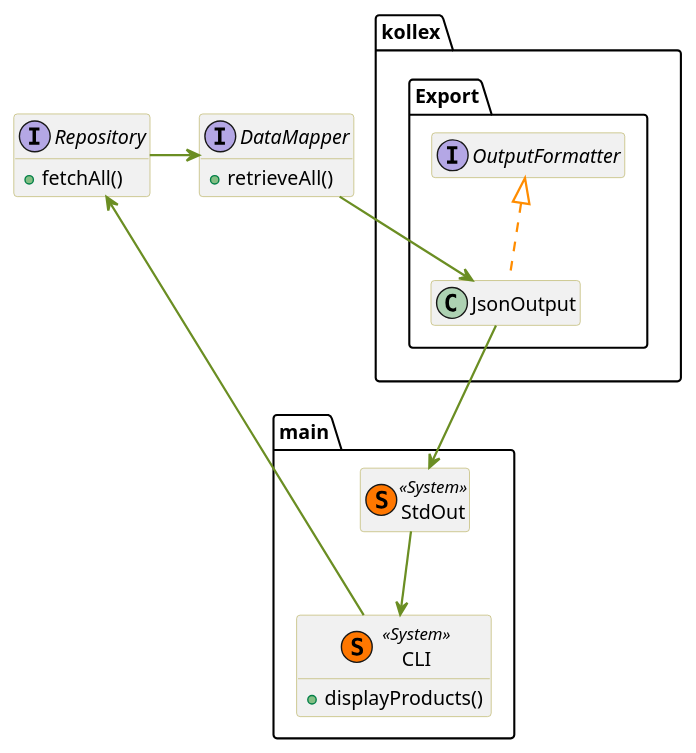
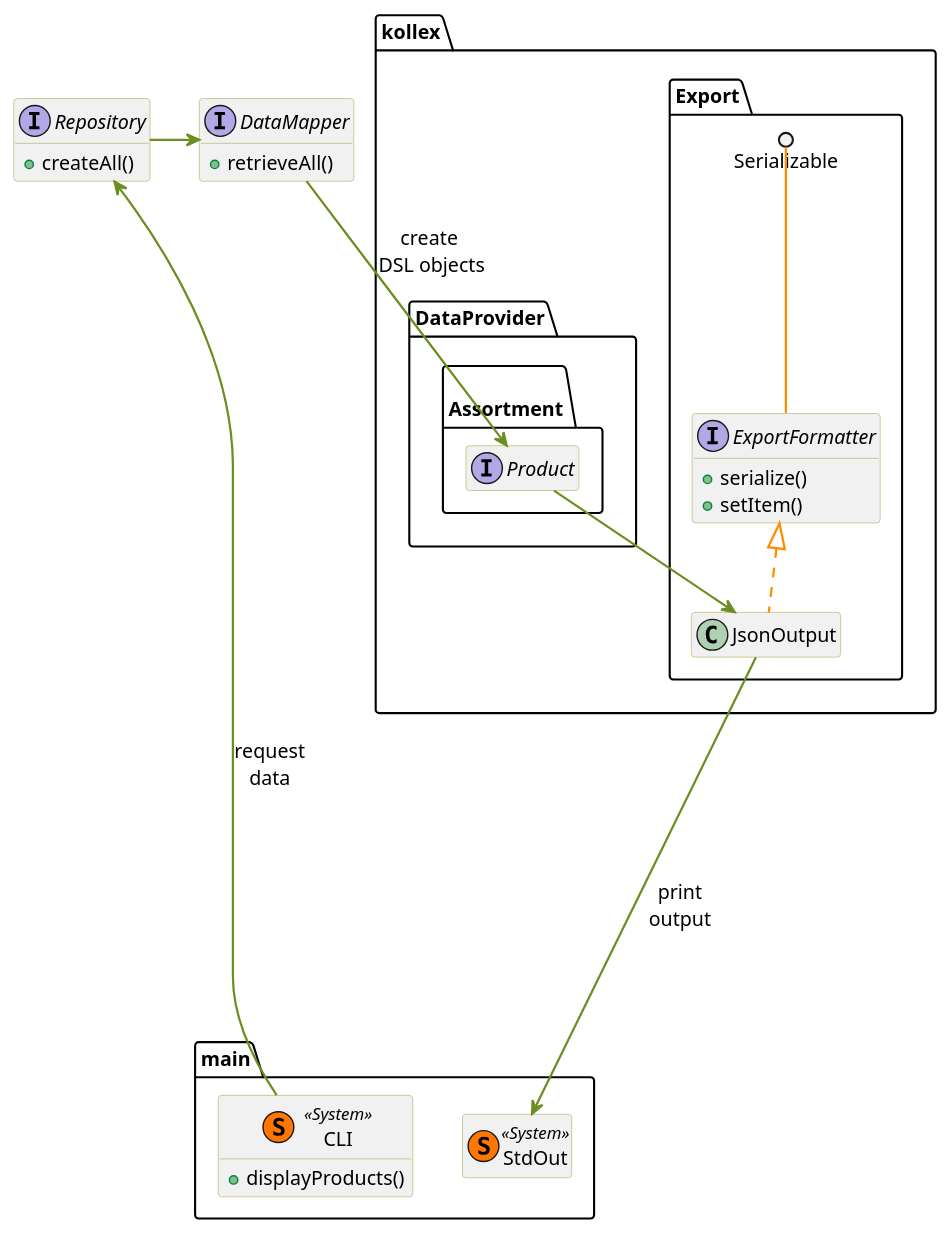
Before and after one commit to tox2ik/tmp-challenge-kollex: the diagram in doc/list-scenario.class.puml, drawn with PlantUML. The commit also changed 23 other files, not shown here.

```diff
--- a/doc/list-scenario.class.puml
+++ b/doc/list-scenario.class.puml
@@ -1,62 +1,69 @@
 @startuml
 ' skinparams begin
 skinparam class {
 	FontColor black
 	FontSize 14
 	FontName "Source Code Pro"
 	BorderColor DarkKhaki
 	ArrowColor DarkOrange
 }
 
 skinparam Arrow {
 	FontSize 14
 	FontName "Source Code Pro"
 	Thickness 1.6
 }
 skinparam PackageFontName "Source Code Pro"
 skinparam NoteBackgroundColor DarkKhaki
 skinparam NoteBorderColor gray
 ' skinparams end
 
 hide members
 
 
 show DataMapper methods
 show Repository methods
 
-interface DataMapper {
-    + retrieveAll()
-}
-interface Repository {
-	+ fetchAll()
-}
 
 package main {
 	class CLI << (S,#FF7700) System >> {
 	     + displayProducts()
 	}
+	show CLI methods
 
 	class StdOut << (S,#FF7700) System >>
 }
-show CLI methods
+
+interface DataMapper {
+	+ retrieveAll()
+}
+interface Repository {
+	+ createAll()
+}
 
 
-package kollex.Export {
-     interface OutputFormatter
-     class JsonOutput
-     OutputFormatter <|.. JsonOutput
+package "kollex.DataProvider.\nAssortment" {
+    interface "Product" as ProviderProduct
 }
 
-CLI --[#6b8e23]> Repository
+package kollex.Export {
+     interface ExportFormatter {
+         + serialize()
+         + setItem()
+     }
+      Serializable ()-- ExportFormatter
+     class JsonOutput
+     ExportFormatter <|.. JsonOutput
+}
+show ExportFormatter methods
+
+CLI --[#6b8e23]> Repository : request\ndata
 Repository -[#6b8e23]> DataMapper
+DataMapper -[#6b8e23]-> ProviderProduct  : create \nDSL objects
 
+ProviderProduct -[#6b8e23]-> JsonOutput
 
-DataMapper -[#6b8e23]-> JsonOutput
-JsonOutput -[#6b8e23]-> StdOut
-
-
-StdOut -[#6b8e23]-> CLI
-
+JsonOutput -[#6b8e23]---> StdOut : print\noutput
 
 
 @enduml
```
